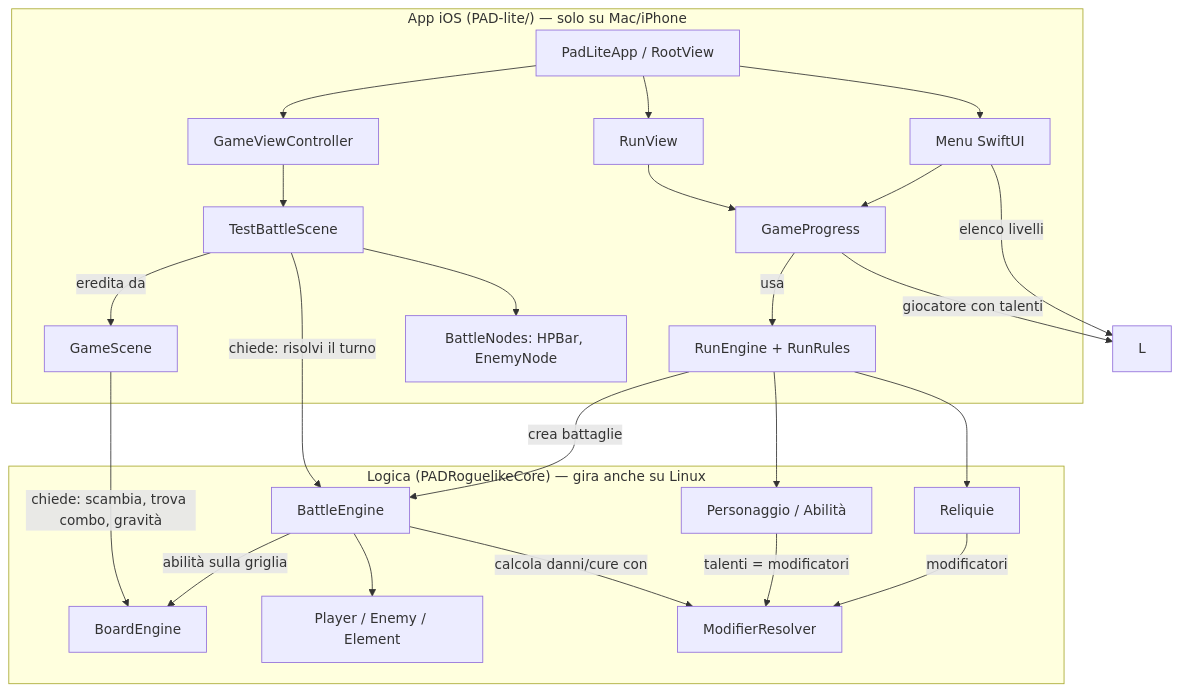
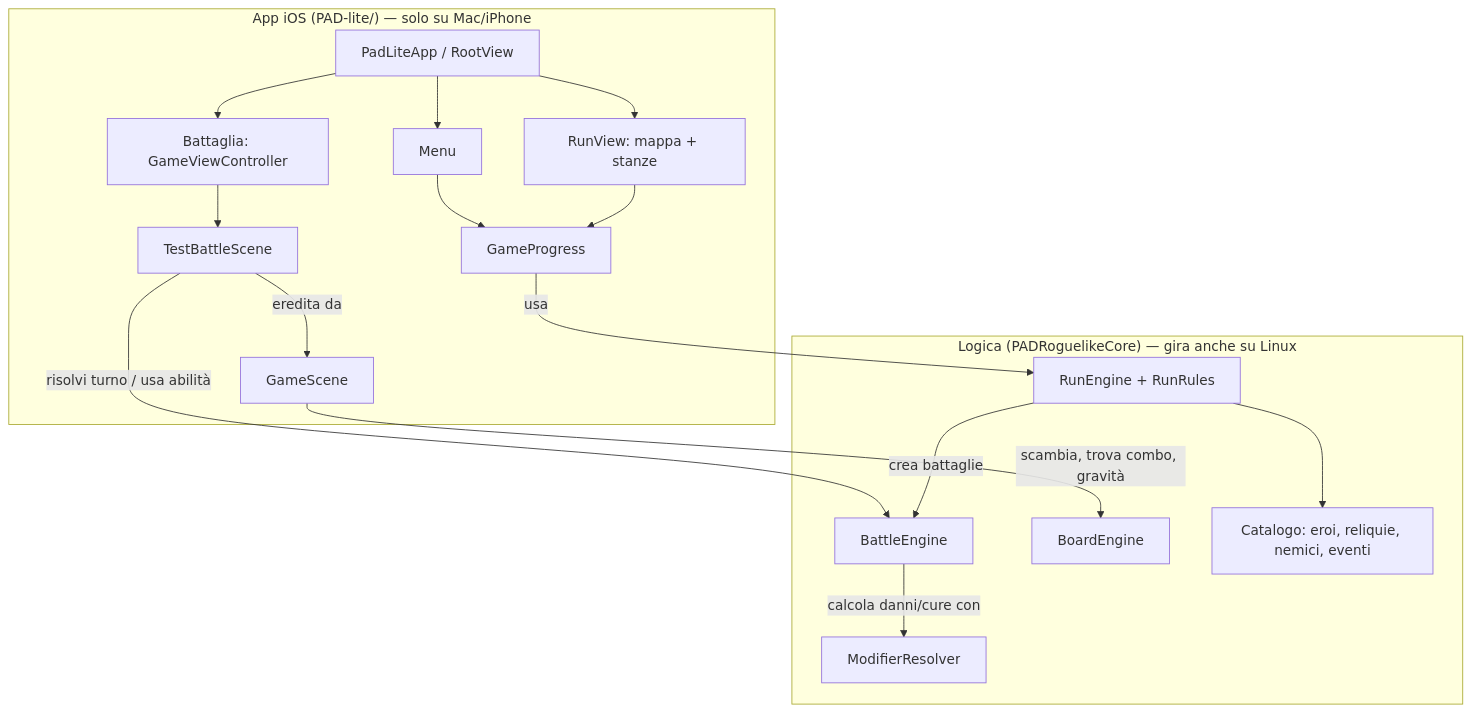
Before and after one commit to palazz94/hello-world-ios: the first of 4 diagrams in docs/GUIDA.md, drawn with Mermaid. The commit also changed other lines of this file and 28 other files, not shown here.

````diff
--- a/docs/GUIDA.md
+++ b/docs/GUIDA.md
@@ -66,35 +69,25 @@
 ```mermaid
 flowchart TB
     subgraph APP["App iOS (PAD-lite/) — solo su Mac/iPhone"]
-        A[PadLiteApp / RootView] --> M[Menu SwiftUI]
-        M --> P[GameProgress]
-        A --> RV[RunView]
-        RV --> P
-        P -- "usa" --> R
-        A --> B[GameViewController]
-        B --> C[TestBattleScene]
-        C -- "eredita da" --> D[GameScene]
-        C --> E[BattleNodes: HPBar, EnemyNode]
+        A[PadLiteApp / RootView] --> MM[Menu]
+        A --> RV[RunView: mappa + stanze]
+        A --> GV[Battaglia: GameViewController]
+        GV --> TB[TestBattleScene]
+        TB -- "eredita da" --> GS[GameScene]
+        RV --> GP[GameProgress]
+        MM --> GP
     end
     subgraph CORE["Logica (PADRoguelikeCore) — gira anche su Linux"]
-        F[BoardEngine]
-        G[BattleEngine]
-        H[Player / Enemy / Element]
-        R[RunEngine + RunRules]
+        RE[RunEngine + RunRules]
+        BE[BattleEngine]
+        BO[BoardEngine]
         MR[ModifierResolver]
-        PC[Personaggio / Abilità]
-        RL[Reliquie]
+        CAT[Catalogo: eroi, reliquie, nemici, eventi]
     end
-    R -- "crea battaglie" --> G
-    R --> PC
-    R --> RL
-    RL -- "modificatori" --> MR
-    PC -- "talenti = modificatori" --> MR
-    G -- "calcola danni/cure con" --> MR
-    G -- "abilità sulla griglia" --> F
-    D -- "chiede: scambia, trova combo, gravità" --> F
-    C -- "chiede: risolvi il turno" --> G
-    G --> H
-    M -- "elenco livelli" --> L
-    P -- "giocatore con talenti" --> L
+    GP -- "usa" --> RE
+    RE -- "crea battaglie" --> BE
+    RE --> CAT
+    BE -- "calcola danni/cure con" --> MR
+    GS -- "scambia, trova combo, gravità" --> BO
+    TB -- "risolvi turno / usa abilità" --> BE
 ```
````
